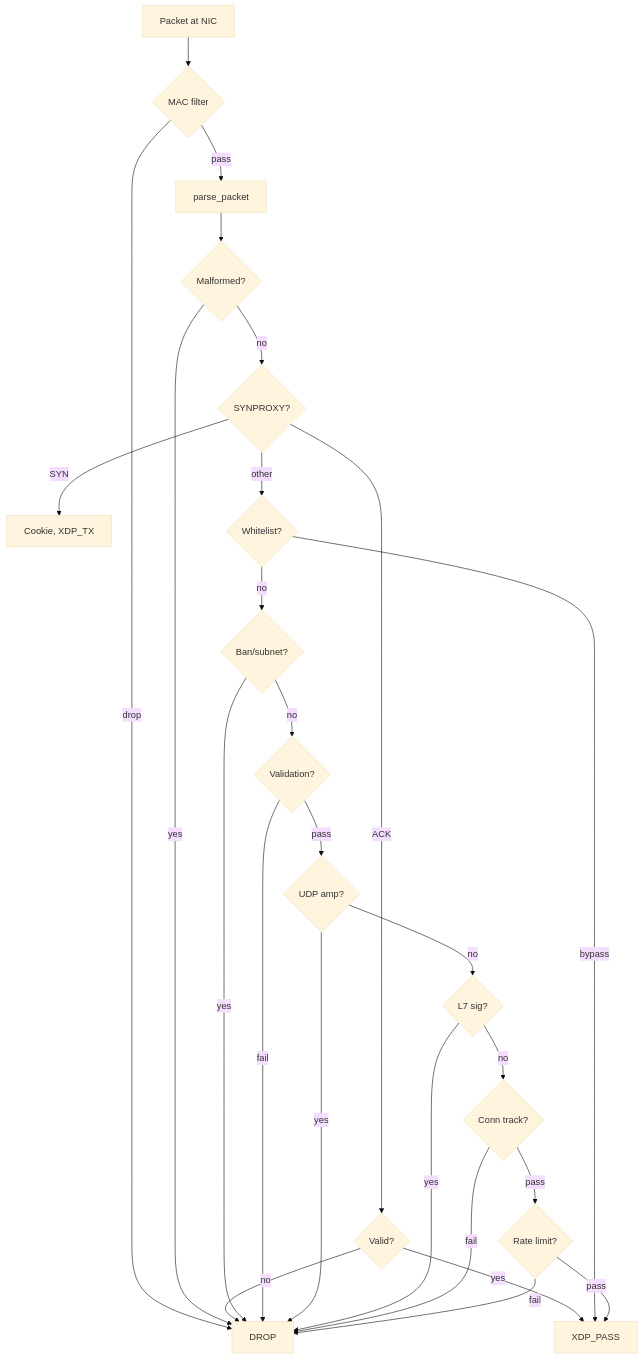
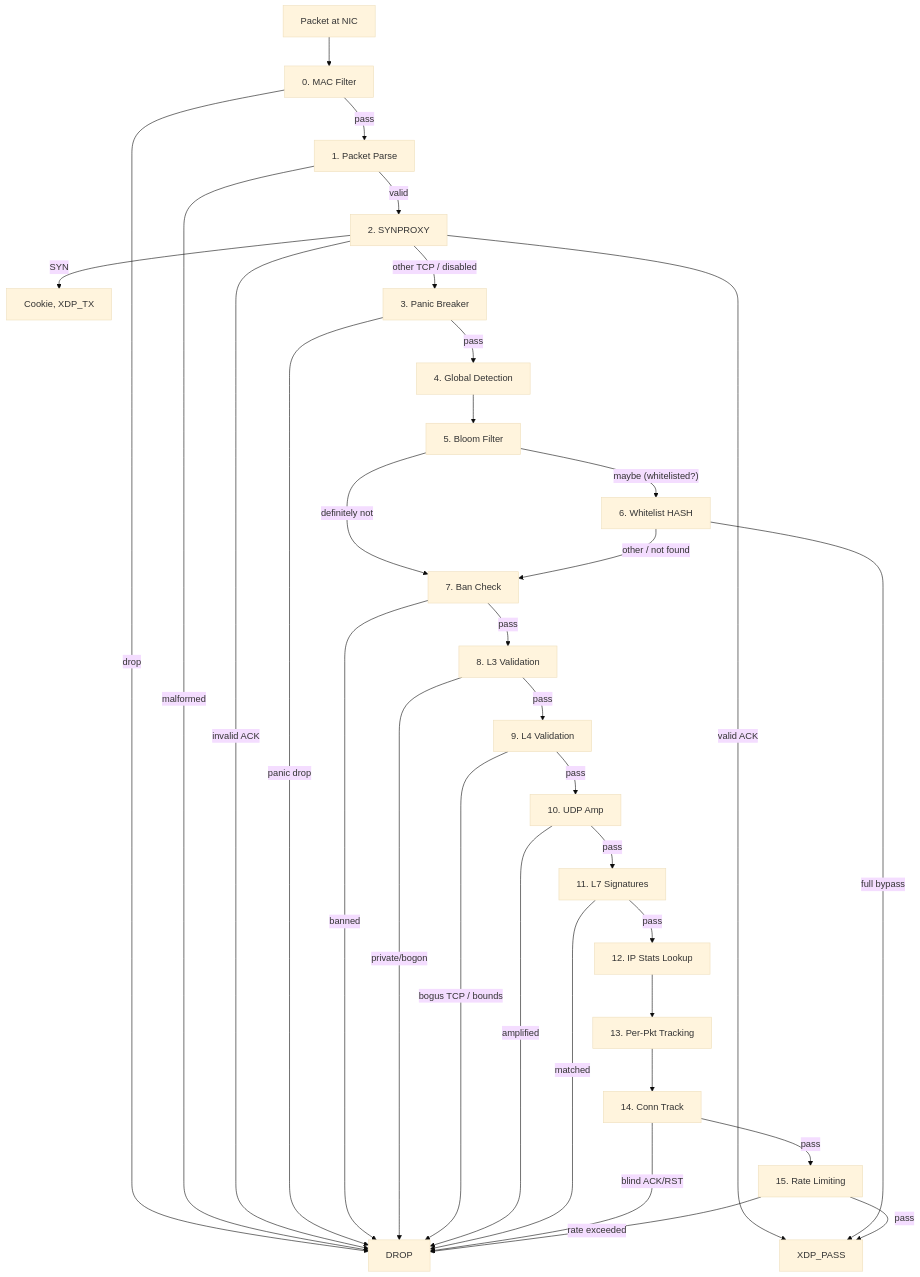
The diagram in docs/openshield-xdp/detection-engine/pipeline.md (AnAverageBeing/pingless-studios-docs), drawn with Mermaid (base theme) before and after one commit. The commit also changed other lines of this file and 43 other files, not shown here.

Commit message:
docs: comprehensive update — Bloom filter, freplace, kernel gates, fixed defaults, 30+ pages filled

````diff
--- a/docs/openshield-xdp/detection-engine/pipeline.md
+++ b/docs/openshield-xdp/detection-engine/pipeline.md
@@ -5,28 +5,35 @@
 ```mermaid
 graph TD
-    A[Packet at NIC] --> B{MAC filter}
+    A[Packet at NIC] --> B["0. MAC Filter"]
     B -->|drop| DROP[DROP]
-    B -->|pass| C[parse_packet]
-    C --> D{Malformed?}
-    D -->|yes| DROP
-    D -->|no| E{SYNPROXY?}
-    E -->|SYN| F[Cookie, XDP_TX]
-    E -->|ACK| G{Valid?}
-    G -->|no| DROP
-    G -->|yes| H[XDP_PASS]
-    E -->|other| I{Whitelist?}
-    I -->|bypass| H
-    I -->|no| J{Ban/subnet?}
-    J -->|yes| DROP
-    J -->|no| K{Validation?}
-    K -->|fail| DROP
-    K -->|pass| L{UDP amp?}
-    L -->|yes| DROP
-    L -->|no| M{L7 sig?}
-    M -->|yes| DROP
-    M -->|no| N{Conn track?}
-    N -->|fail| DROP
-    N -->|pass| O{Rate limit?}
-    O -->|fail| DROP
-    O -->|pass| H
+    B -->|pass| C["1. Packet Parse"]
+    C -->|malformed| DROP
+    C -->|valid| D["2. SYNPROXY"]
+    D -->|SYN| E[Cookie, XDP_TX]
+    D -->|valid ACK| PASS[XDP_PASS]
+    D -->|invalid ACK| DROP
+    D -->|other TCP / disabled| F["3. Panic Breaker"]
+    F -->|panic drop| DROP
+    F -->|pass| G["4. Global Detection"]
+    G --> H["5. Bloom Filter"]
+    H -->|"maybe (whitelisted?)"| I["6. Whitelist HASH"]
+    H -->|"definitely not"| J["7. Ban Check"]
+    I -->|full bypass| PASS
+    I -->|other / not found| J
+    J -->|banned| DROP
+    J -->|pass| K["8. L3 Validation"]
+    K -->|private/bogon| DROP
+    K -->|pass| L["9. L4 Validation"]
+    L -->|bogus TCP / bounds| DROP
+    L -->|pass| M["10. UDP Amp"]
+    M -->|amplified| DROP
+    M -->|pass| N["11. L7 Signatures"]
+    N -->|matched| DROP
+    N -->|pass| O["12. IP Stats Lookup"]
+    O --> P["13. Per-Pkt Tracking"]
+    P --> Q["14. Conn Track"]
+    Q -->|blind ACK/RST| DROP
+    Q -->|pass| R["15. Rate Limiting"]
+    R -->|rate exceeded| DROP
+    R -->|pass| PASS
 ```
````
